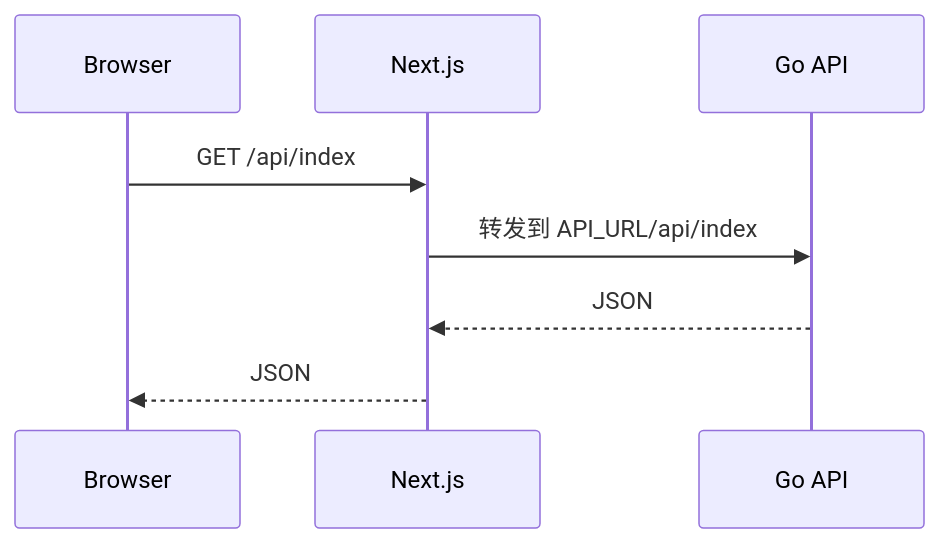
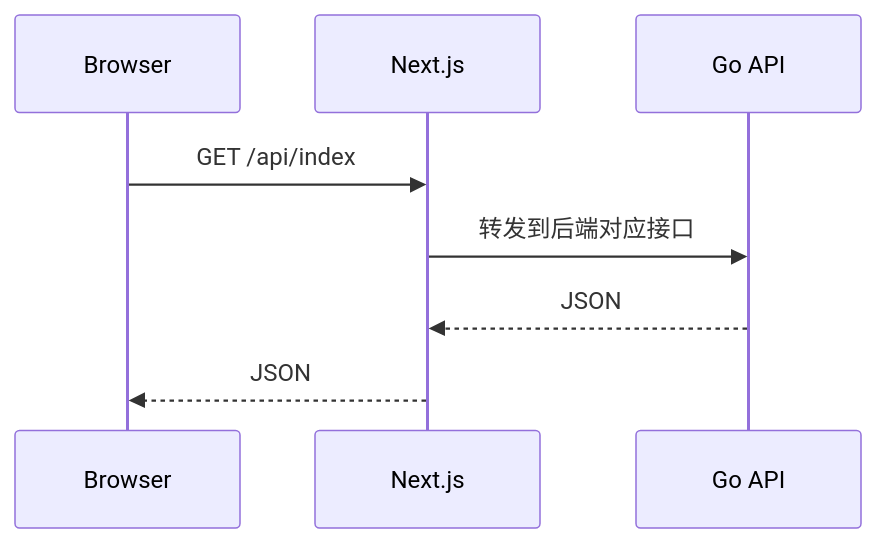
The second of 2 diagrams in web/README.md (fe-spark/EcoHub), drawn with Mermaid before and after one commit. The commit also changed other lines of this file and 35 other files, not shown here.

First line of the commit message:
fix(web): 布局级导航 loading、Logo 策略与 API_URL 规范化

````diff
--- a/web/README.md
+++ b/web/README.md
@@ -108,11 +108,11 @@
 ```mermaid
 sequenceDiagram
     participant Browser
     participant Next as Next.js
     participant API as Go API
 
     Browser->>Next: GET /api/index
-    Next->>API: 转发到 API_URL/api/index
+    Next->>API: 转发到后端对应接口
     API-->>Next: JSON
     Next-->>Browser: JSON
 ```
````
